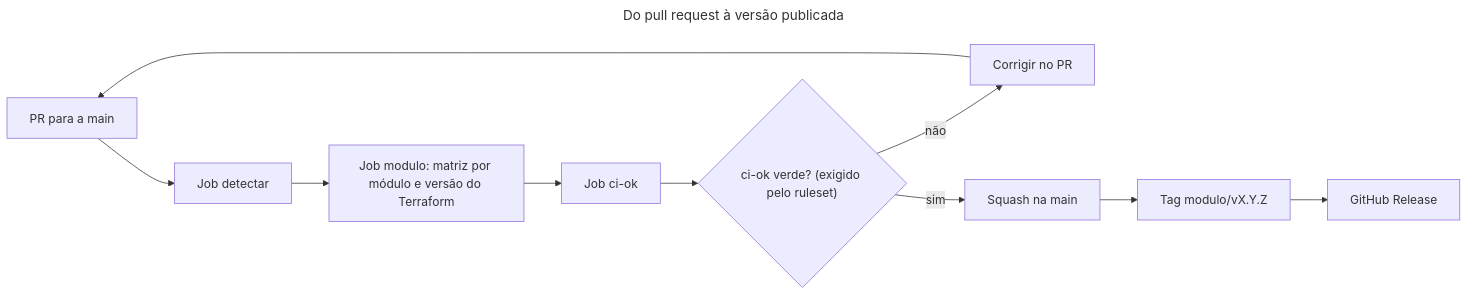
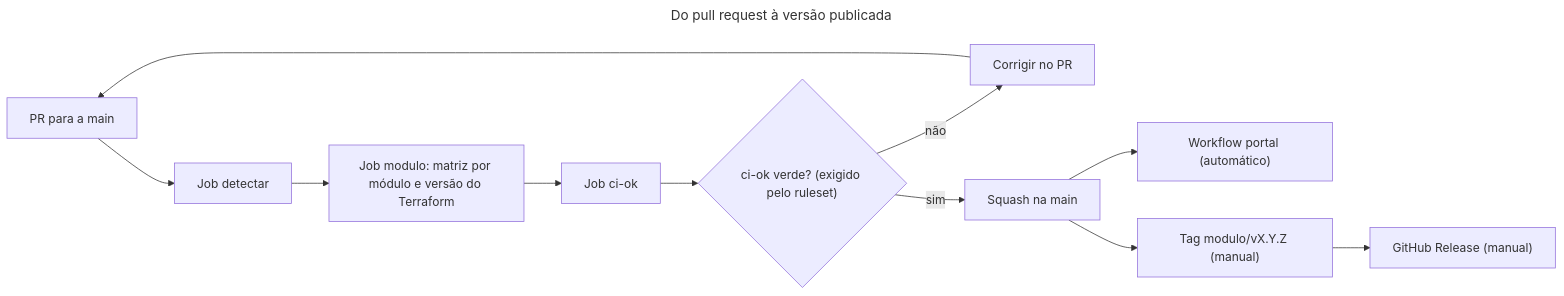
One commit to FWesleycosta/terraform-modules changed the first of 3 diagrams in docs/pipelines/ci-e-release-de-modulos.md. Above: the diagram before and after it, drawn with Mermaid. The commit also changed other lines of this file and 9 other files, not shown here.

Commit message:
docs: recria a documentação com o módulo proxmox e o portal (#18)

````diff
--- a/docs/pipelines/ci-e-release-de-modulos.md
+++ b/docs/pipelines/ci-e-release-de-modulos.md
@@ -28,17 +19,18 @@
 ```mermaid
 ---
 title: Do pull request à versão publicada
 ---
 flowchart LR
     accTitle: Fluxo do pull request à versão publicada de um módulo
-    accDescr: O pull request para a main dispara o CI, que detecta os módulos alterados, valida cada um numa matriz e consolida o resultado no ci-ok. O ruleset exige-ci-ok torna o ci-ok obrigatório: com ele vermelho, o GitHub bloqueia o merge e a correção volta para o PR. Com o ci-ok verde, o PR entra na main por squash, e o responsável cria a tag do módulo e a release no GitHub.
+    accDescr: O pull request para a main dispara o CI, que detecta os módulos alterados, valida cada um numa matriz e consolida o resultado no ci-ok. Com o ci-ok vermelho, o GitHub bloqueia o merge e a correção volta para o PR. Com o ci-ok verde, o PR entra na main por squash. O merge dispara o workflow portal, que republica o portal no GitHub Pages, e o responsável cria à mão a tag do módulo e a release no GitHub.
     pr["PR para a main"] --> detectar["Job detectar"]
     detectar --> matriz["Job modulo: matriz por módulo e versão do Terraform"]
     matriz --> ciok["Job ci-ok"]
     ciok --> verde{"ci-ok verde? (exigido pelo ruleset)"}
     verde -- não --> corrigir["Corrigir no PR"]
     corrigir --> pr
     verde -- sim --> squash["Squash na main"]
-    squash --> tag["Tag modulo/vX.Y.Z"]
-    tag --> release["GitHub Release"]
+    squash --> portal["Workflow portal (automático)"]
+    squash --> tag["Tag modulo/vX.Y.Z (manual)"]
+    tag --> release["GitHub Release (manual)"]
 ```
````
